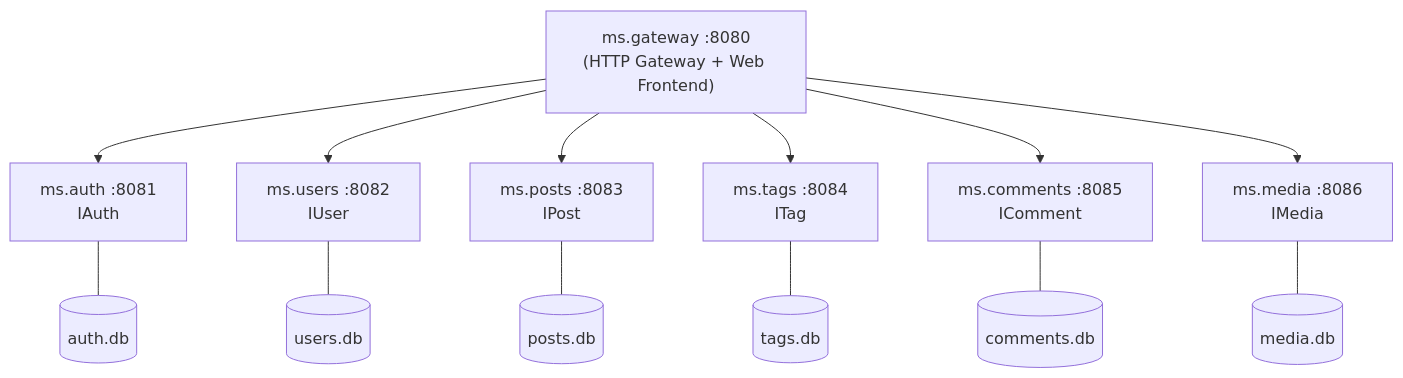
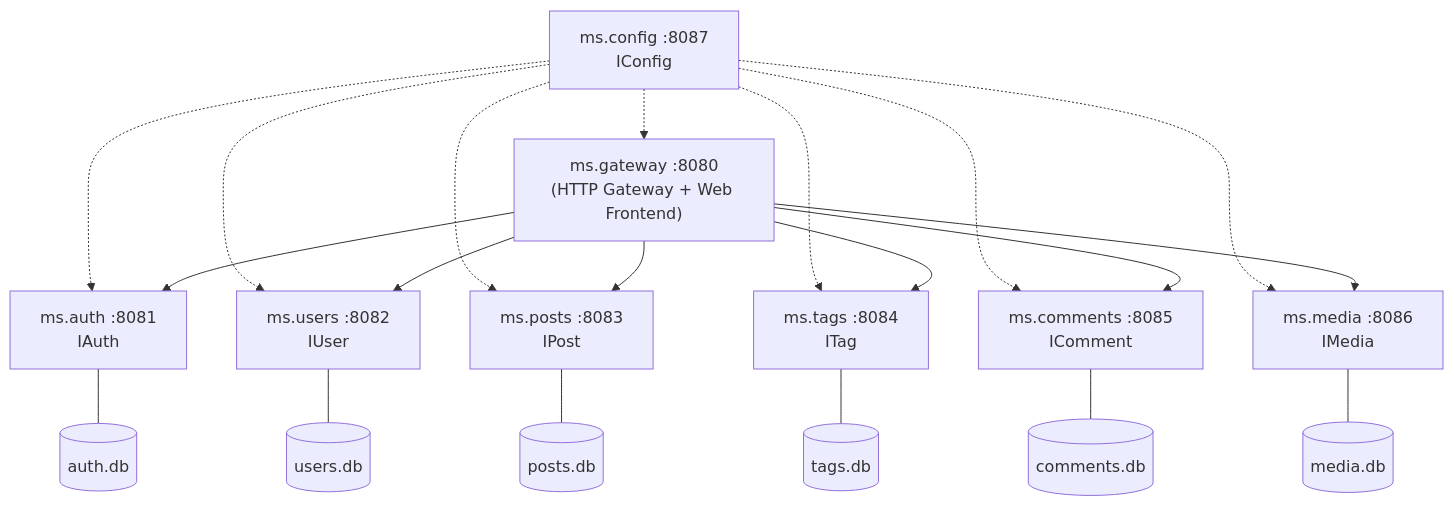
Before and after one commit to sakura1977/mormot2-microservices-blog-sample: the first of 2 diagrams in .claude/architecture.md, drawn with Mermaid. The commit also changed other lines of this file and 28 other files, not shown here.

````diff
--- a/.claude/architecture.md
+++ b/.claude/architecture.md
@@ -9,32 +9,40 @@
 ```mermaid
 graph TB
     GW["ms.gateway :8080<br/>(HTTP Gateway + Web Frontend)"]
 
     AUTH["ms.auth :8081<br/>IAuth"]
     USERS["ms.users :8082<br/>IUser"]
     POSTS["ms.posts :8083<br/>IPost"]
     TAGS["ms.tags :8084<br/>ITag"]
     COMMENTS["ms.comments :8085<br/>IComment"]
     MEDIA["ms.media :8086<br/>IMedia"]
 
     DB_AUTH[(auth.db)]
     DB_USERS[(users.db)]
     DB_POSTS[(posts.db)]
     DB_TAGS[(tags.db)]
     DB_COMMENTS[(comments.db)]
     DB_MEDIA[(media.db)]
 
+    CONFIG["ms.config :8087<br/>IConfig"] -.-> AUTH
+    CONFIG -.-> USERS
+    CONFIG -.-> POSTS
+    CONFIG -.-> TAGS
+    CONFIG -.-> COMMENTS
+    CONFIG -.-> MEDIA
+    CONFIG -.-> GW
+
     GW --> AUTH
     GW --> USERS
     GW --> POSTS
     GW --> TAGS
     GW --> COMMENTS
     GW --> MEDIA
 
     AUTH --- DB_AUTH
     USERS --- DB_USERS
     POSTS --- DB_POSTS
     TAGS --- DB_TAGS
     COMMENTS --- DB_COMMENTS
     MEDIA --- DB_MEDIA
 ```
````
